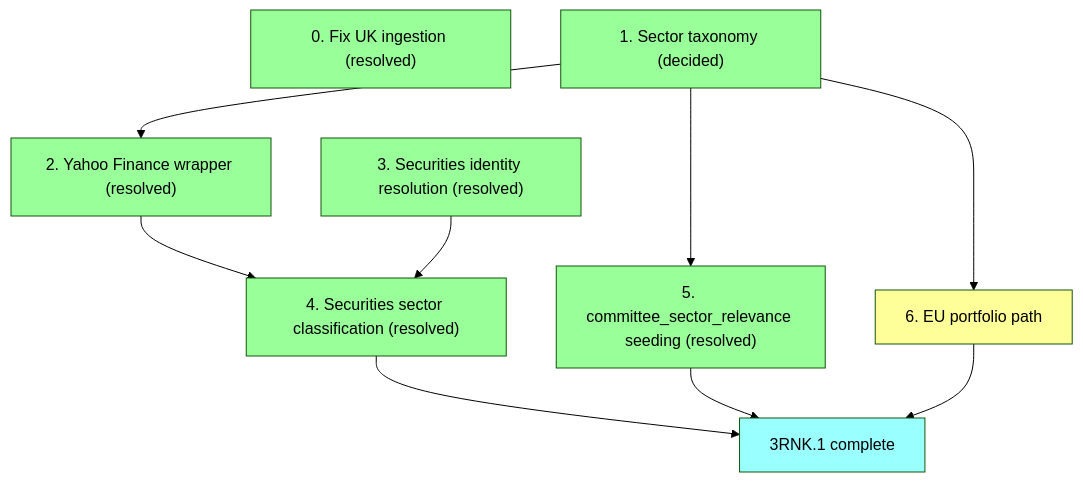
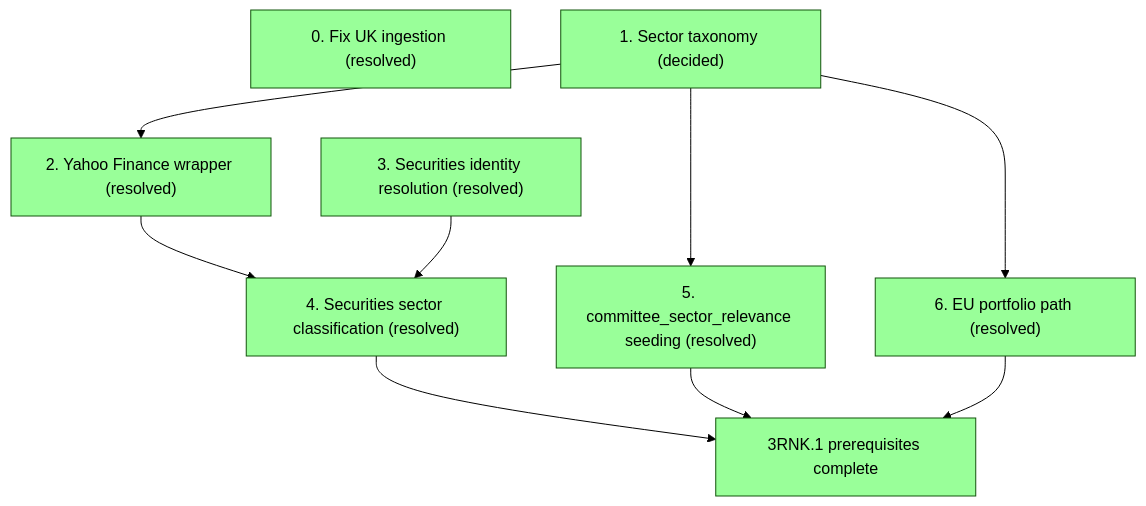
The diagram in docs/plan/3rnk1-prerequisites.md (Oggie112/CrossBench), drawn with Mermaid (forest theme) before and after one commit. The commit also changed other lines of this file, not shown here.

First line of the commit message:
docs(plan): mark 3RNK.1 step 6 resolved - all prerequisites complete

````diff
--- a/docs/plan/3rnk1-prerequisites.md
+++ b/docs/plan/3rnk1-prerequisites.md
@@ -83,25 +87,25 @@
 ```mermaid
 graph TD
   s0["0. Fix UK ingestion (resolved)"]:::done
   s1["1. Sector taxonomy (decided)"]:::done
   s2["2. Yahoo Finance wrapper (resolved)"]:::done
   s3["3. Securities identity resolution (resolved)"]:::done
   s4["4. Securities sector classification (resolved)"]:::done
   s5["5. committee_sector_relevance seeding (resolved)"]:::done
-  s6["6. EU portfolio path"]:::open
-  done3rnk["3RNK.1 complete"]:::mile
+  s6["6. EU portfolio path (resolved)"]:::done
+  done3rnk["3RNK.1 prerequisites complete"]:::done
 
   s1 --> s2
   s2 --> s4
   s3 --> s4
   s1 --> s5
   s1 --> s6
   s4 --> done3rnk
   s5 --> done3rnk
   s6 --> done3rnk
 
   classDef indep fill:#ff9;
   classDef done fill:#9f9;
   classDef open fill:#ff9;
   classDef mile fill:#9ff;
 ```
````
